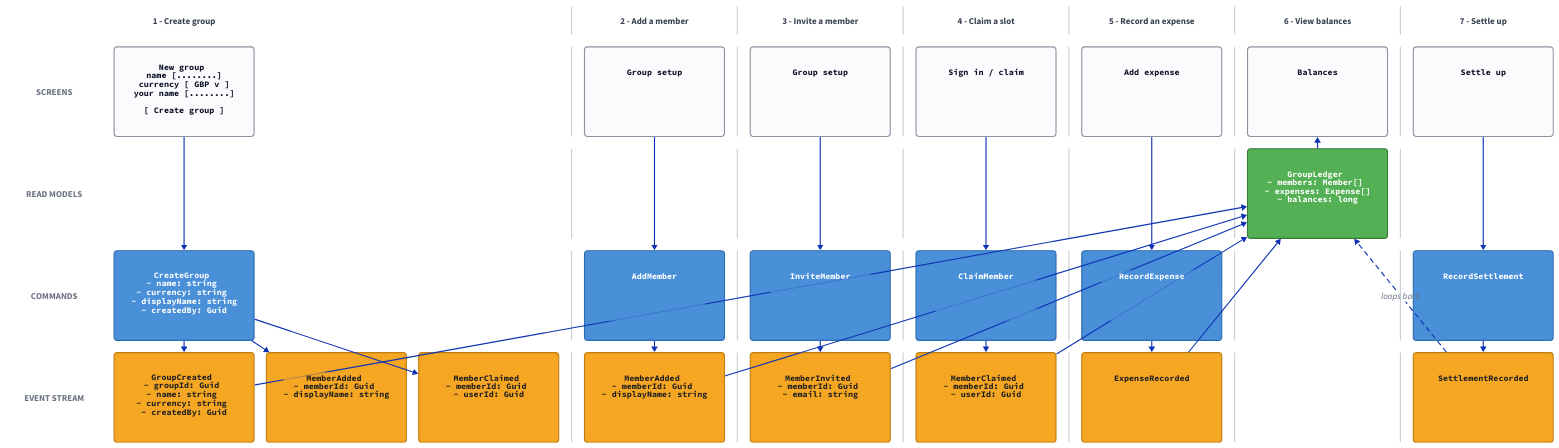
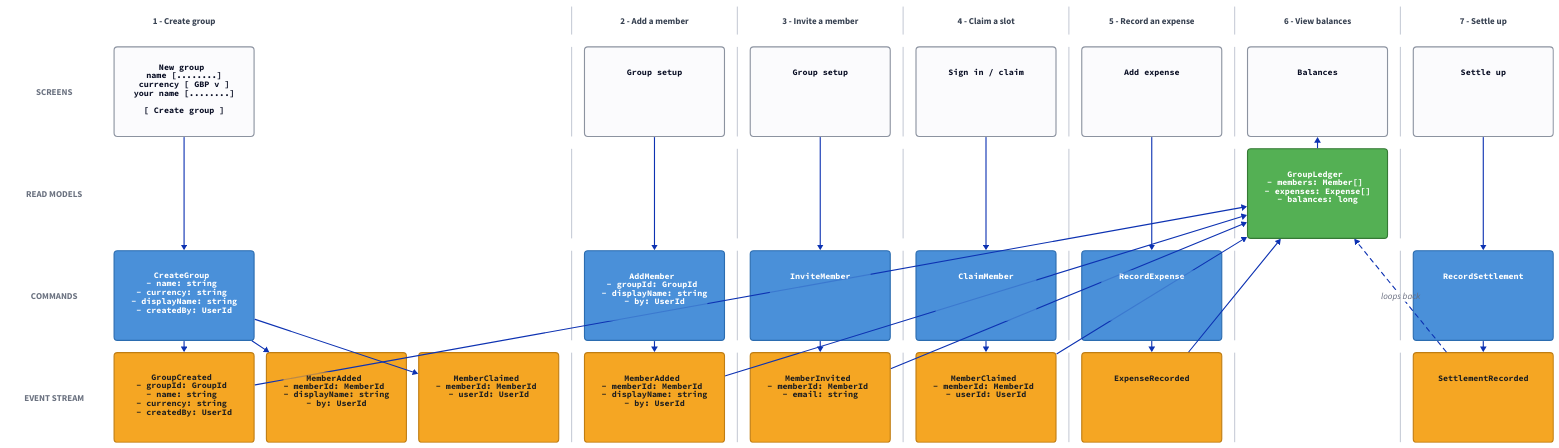
One commit to MartinFaartoft/share-expenses changed the diagram in docs/event-model/happy-path.d2. Above: the diagram before and after it, drawn with D2. The commit also changed 26 other files, not shown here.

```diff
--- a/docs/event-model/happy-path.d2
+++ b/docs/event-model/happy-path.d2
@@ -1,158 +1,158 @@
 # GENERATED from event-model.yaml by generate.py - do not edit.
 #
 # Rows: 1 slice names, 2 SCREENS, 3 READ MODELS, 4 COMMANDS, 5 EVENT STREAM.
 # Read models sit by the screens they feed and commands by the events they emit,
 # so the arrow for either pattern is only ever one row long.
 # Column 1 holds lane labels, slices are separated by a 2px divider column, and
 # every other column is one event slot: time runs left to right.
 
 grid-rows: 5
 horizontal-gap: 22
 vertical-gap: 22
 
 classes: {
   lanelabel: {
     width: 170; height: 160
     style: { fill: transparent; stroke-width: 0; font-color: "#6b7280"; bold: true }
   }
   slicename: {
     width: 250; height: 50
     style: { fill: transparent; stroke-width: 0; font-color: "#374151"; bold: true }
   }
   lgapN: { width: 170;    height: 50;  style: { opacity: 0 } }
   gapN:  { width: 250; height: 50;  style: { opacity: 0 } }
   divN:  { width: 2;      height: 50;  style: { fill: "#c9ced8"; stroke-width: 0 } }
   div:   { width: 2;      height: 160; style: { fill: "#c9ced8"; stroke-width: 0 } }
   gap:   { width: 250; height: 160; style: { opacity: 0 } }
   screen: {
     width: 250; height: 160
     style: { font: mono; font-size: 15; fill: "#fbfbfd"; stroke: "#8c93a0"; stroke-width: 2; border-radius: 6 }
   }
   command: {
     width: 250; height: 160
     style: { font: mono; font-size: 15; fill: "#4a90d9"; stroke: "#2b6cb0"; font-color: "#ffffff"; border-radius: 6 }
   }
   event: {
     width: 250; height: 160
     style: { font: mono; font-size: 15; fill: "#f5a623"; stroke: "#c07d12"; font-color: "#1f1f1f"; border-radius: 6 }
   }
   view: {
     width: 250; height: 160
     style: { font: mono; font-size: 15; fill: "#54b054"; stroke: "#357935"; font-color: "#ffffff"; border-radius: 6 }
   }
 }
 
 # ===== row 1: slice names =====
 q0: "" { class: lgapN }
 n0: "1 - Create group                        " { class: slicename }
 gpN0_1: "" { class: gapN }
 gpN0_2: "" { class: gapN }
 dvN1: "" { class: divN }
 n1: "2 - Add a member                        " { class: slicename }
 dvN2: "" { class: divN }
 n2: "3 - Invite a member                     " { class: slicename }
 dvN3: "" { class: divN }
 n3: "4 - Claim a slot                        " { class: slicename }
 dvN4: "" { class: divN }
 n4: "5 - Record an expense                   " { class: slicename }
 dvN5: "" { class: divN }
 n5: "6 - View balances                       " { class: slicename }
 dvN6: "" { class: divN }
 n6: "7 - Settle up                           " { class: slicename }
 
 # ===== row 2: screens =====
 l2: "SCREENS" { class: lanelabel }
 s0: "New group            \n                     \nname       [........]\ncurrency   [ GBP  v ]\nyour name  [........]\n                     \n  [ Create group ]   " { class: screen }
 gp2_0_1: "" { class: gap }
 gp2_0_2: "" { class: gap }
 dv2_1: "" { class: div }
 s1: "Group setup          \n                     \n                     \n                     \n                     \n                     " { class: screen }
 dv2_2: "" { class: div }
 s2: "Group setup          \n                     \n                     \n                     \n                     \n                     " { class: screen }
 dv2_3: "" { class: div }
 s3: "Sign in / claim      \n                     \n                     \n                     \n                     \n                     " { class: screen }
 dv2_4: "" { class: div }
 s4: "Add expense          \n                     \n                     \n                     \n                     \n                     " { class: screen }
 dv2_5: "" { class: div }
 s5: "Balances             \n                     \n                     \n                     \n                     \n                     " { class: screen }
 dv2_6: "" { class: div }
 s6: "Settle up            \n                     \n                     \n                     \n                     \n                     " { class: screen }
 
 # ===== row 3: read models =====
 l3: "READ MODELS" { class: lanelabel }
 gp3_0: "" { class: gap }
 gp3_0_1: "" { class: gap }
 gp3_0_2: "" { class: gap }
 dv3_1: "" { class: div }
 gp3_1: "" { class: gap }
 dv3_2: "" { class: div }
 gp3_2: "" { class: gap }
 dv3_3: "" { class: div }
 gp3_3: "" { class: gap }
 dv3_4: "" { class: div }
 gp3_4: "" { class: gap }
 dv3_5: "" { class: div }
 rm5: "GroupLedger          \n                     \n- members: Member[]  \n- expenses: Expense[]\n- balances: long     \n                     " { class: view }
 dv3_6: "" { class: div }
 gp3_6: "" { class: gap }
 
 # ===== row 4: commands =====
 l4: "COMMANDS" { class: lanelabel }
-c0: "CreateGroup          \n                     \n- name: string       \n- currency: string   \n- displayName: string\n- createdBy: Guid    " { class: command }
+c0: "CreateGroup          \n                     \n- name: string       \n- currency: string   \n- displayName: string\n- createdBy: UserId  " { class: command }
 gp4_0_1: "" { class: gap }
 gp4_0_2: "" { class: gap }
 dv4_1: "" { class: div }
-c1: "AddMember            \n                     \n                     \n                     \n                     \n                     " { class: command }
+c1: "AddMember            \n                     \n- groupId: GroupId   \n- displayName: string\n- by: UserId         \n                     " { class: command }
 dv4_2: "" { class: div }
 c2: "InviteMember         \n                     \n                     \n                     \n                     \n                     " { class: command }
 dv4_3: "" { class: div }
 c3: "ClaimMember          \n                     \n                     \n                     \n                     \n                     " { class: command }
 dv4_4: "" { class: div }
 c4: "RecordExpense        \n                     \n                     \n                     \n                     \n                     " { class: command }
 dv4_5: "" { class: div }
 gp4_5: "" { class: gap }
 dv4_6: "" { class: div }
 c6: "RecordSettlement     \n                     \n                     \n                     \n                     \n                     " { class: command }
 
 # ===== row 5: event stream =====
 l5: "EVENT STREAM" { class: lanelabel }
-e0_0: "GroupCreated         \n                     \n- groupId: Guid      \n- name: string       \n- currency: string   \n- createdBy: Guid    " { class: event }
-e0_1: "MemberAdded          \n                     \n- memberId: Guid     \n- displayName: string\n                     \n                     " { class: event }
-e0_2: "MemberClaimed        \n                     \n- memberId: Guid     \n- userId: Guid       \n                     \n                     " { class: event }
+e0_0: "GroupCreated         \n                     \n- groupId: GroupId   \n- name: string       \n- currency: string   \n- createdBy: UserId  " { class: event }
+e0_1: "MemberAdded          \n                     \n- memberId: MemberId \n- displayName: string\n- by: UserId         \n                     " { class: event }
+e0_2: "MemberClaimed        \n                     \n- memberId: MemberId \n- userId: UserId     \n                     \n                     " { class: event }
 dv5_1: "" { class: div }
-e1_0: "MemberAdded          \n                     \n- memberId: Guid     \n- displayName: string\n                     \n                     " { class: event }
+e1_0: "MemberAdded          \n                     \n- memberId: MemberId \n- displayName: string\n- by: UserId         \n                     " { class: event }
 dv5_2: "" { class: div }
-e2_0: "MemberInvited        \n                     \n- memberId: Guid     \n- email: string      \n                     \n                     " { class: event }
+e2_0: "MemberInvited        \n                     \n- memberId: MemberId \n- email: string      \n                     \n                     " { class: event }
 dv5_3: "" { class: div }
-e3_0: "MemberClaimed        \n                     \n- memberId: Guid     \n- userId: Guid       \n                     \n                     " { class: event }
+e3_0: "MemberClaimed        \n                     \n- memberId: MemberId \n- userId: UserId     \n                     \n                     " { class: event }
 dv5_4: "" { class: div }
 e4_0: "ExpenseRecorded      \n                     \n                     \n                     \n                     \n                     " { class: event }
 dv5_5: "" { class: div }
 gp5_5: "" { class: gap }
 dv5_6: "" { class: div }
 e6_0: "SettlementRecorded   \n                     \n                     \n                     \n                     \n                     " { class: event }
 
 # --- State Change slices: screen -> command -> event(s)
 s0 -> c0
 c0 -> e0_0
 c0 -> e0_1
 c0 -> e0_2
 s1 -> c1
 c1 -> e1_0
 s2 -> c2
 c2 -> e2_0
 s3 -> c3
 c3 -> e3_0
 s4 -> c4
 c4 -> e4_0
 s6 -> c6
 c6 -> e6_0
 
 # --- State Read slices: events -> read model -> screen
 e0_0 -> rm5
 e1_0 -> rm5
 e2_0 -> rm5
 e3_0 -> rm5
 e4_0 -> rm5
 e6_0 -> rm5: "loops back" { style.stroke-dash: 4 }
 rm5 -> s5
```
